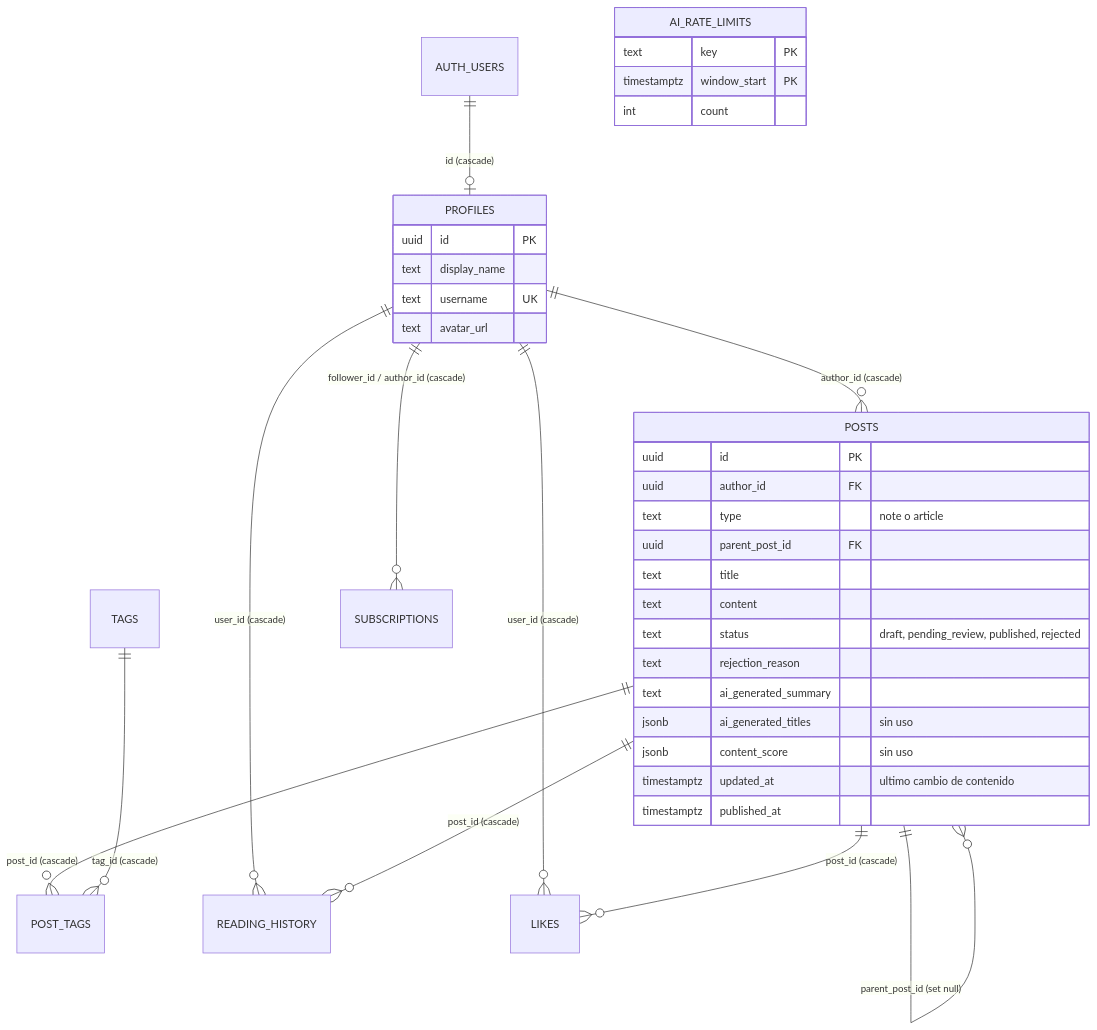
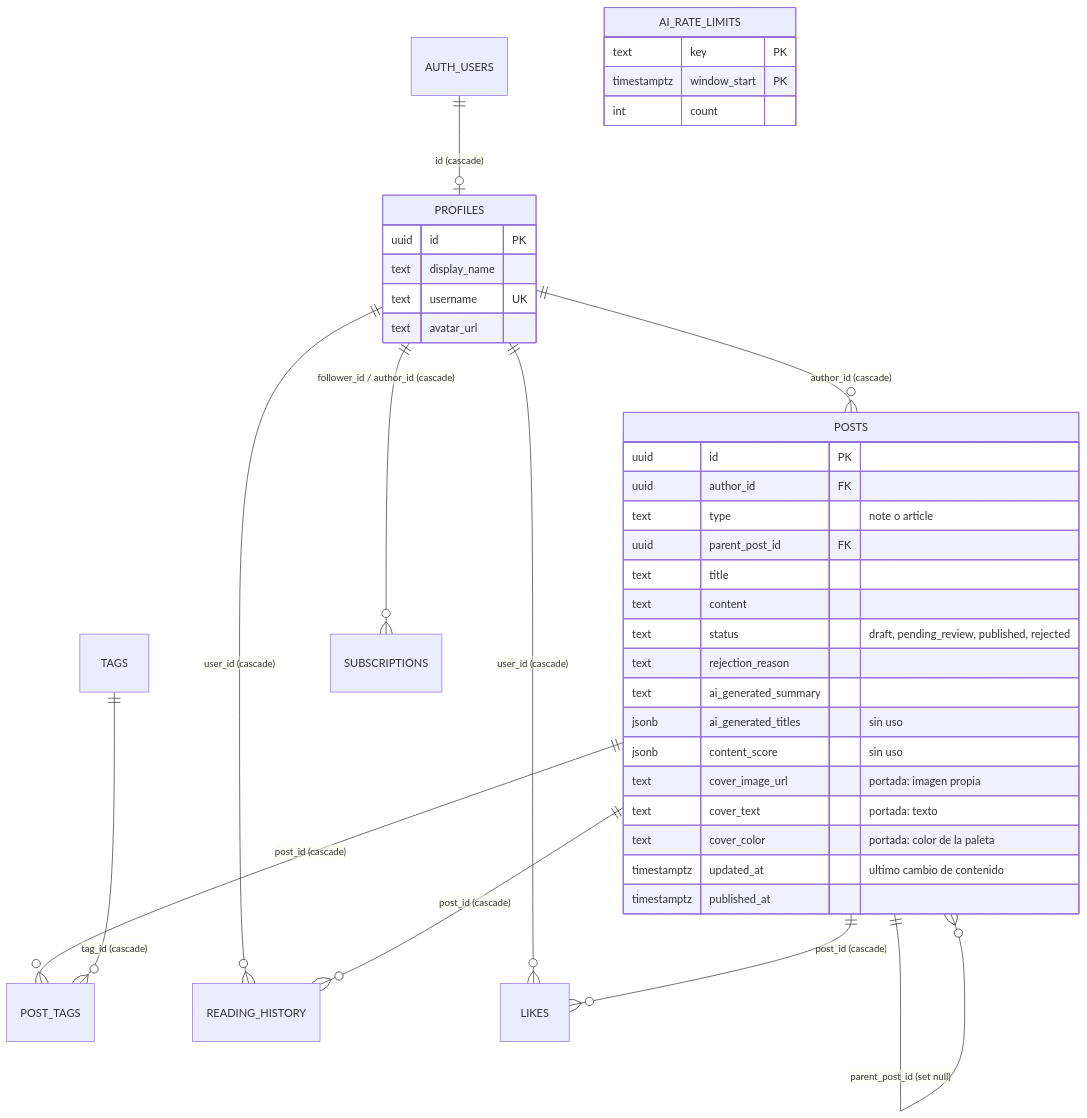
Before and after one commit to dylan-tovar/blog-ia: the diagram in docs/db/schema.md, drawn with Mermaid. The commit also changed other lines of this file and 5 other files, not shown here.

````diff
--- a/docs/db/schema.md
+++ b/docs/db/schema.md
@@ -20,40 +21,43 @@
 ```mermaid
 erDiagram
   AUTH_USERS ||--o| PROFILES : "id (cascade)"
   PROFILES ||--o{ POSTS : "author_id (cascade)"
   POSTS ||--o{ POST_TAGS : "post_id (cascade)"
   TAGS ||--o{ POST_TAGS : "tag_id (cascade)"
   PROFILES ||--o{ SUBSCRIPTIONS : "follower_id / author_id (cascade)"
   PROFILES ||--o{ READING_HISTORY : "user_id (cascade)"
   POSTS ||--o{ READING_HISTORY : "post_id (cascade)"
   POSTS ||--o{ POSTS : "parent_post_id (set null)"
   PROFILES ||--o{ LIKES : "user_id (cascade)"
   POSTS ||--o{ LIKES : "post_id (cascade)"
 
   PROFILES {
     uuid id PK
     text display_name
     text username UK
     text avatar_url
   }
   POSTS {
     uuid id PK
     uuid author_id FK
     text type "note o article"
     uuid parent_post_id FK
     text title
     text content
     text status "draft, pending_review, published, rejected"
     text rejection_reason
     text ai_generated_summary
     jsonb ai_generated_titles "sin uso"
     jsonb content_score "sin uso"
+    text cover_image_url "portada: imagen propia"
+    text cover_text "portada: texto"
+    text cover_color "portada: color de la paleta"
     timestamptz updated_at "ultimo cambio de contenido"
     timestamptz published_at
   }
   AI_RATE_LIMITS {
     text key PK
     timestamptz window_start PK
     int count
   }
 ```
````
